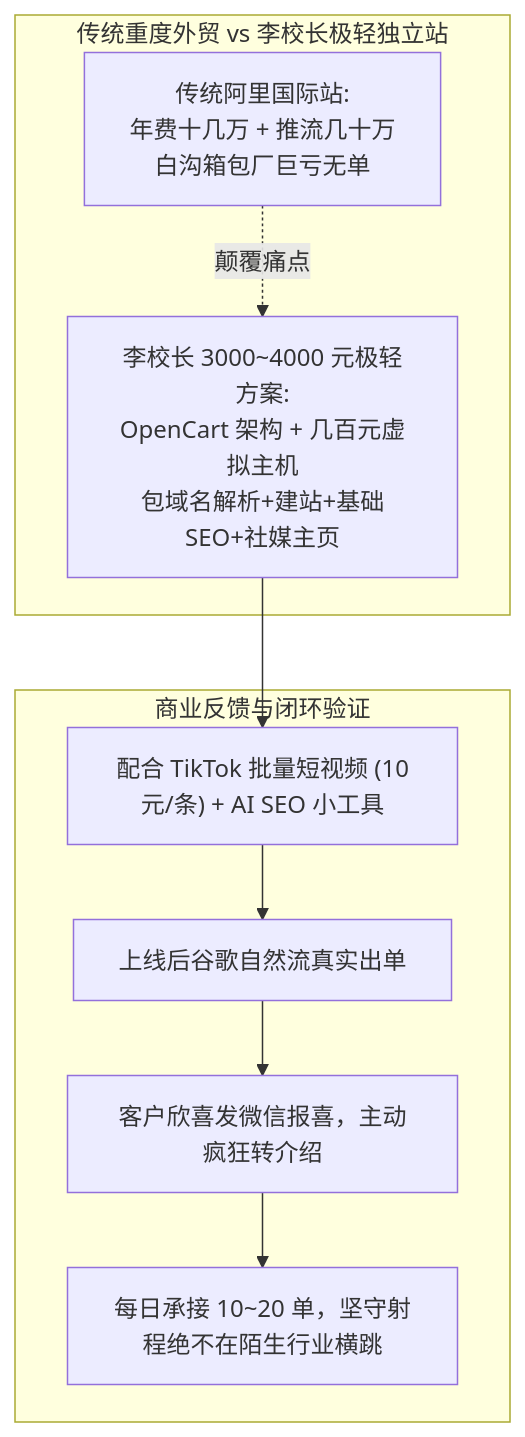
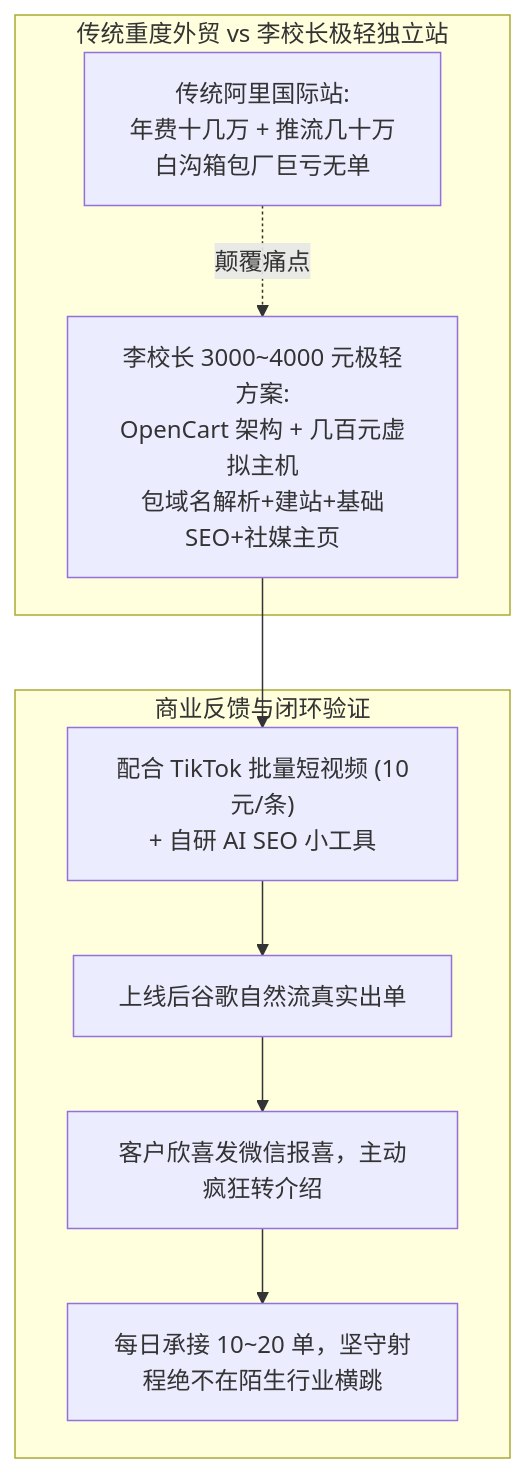
One commit to dollarser/knowledge changed the ninth of 16 diagrams in content/live-20261102-01.md. Above: the diagram before and after it, drawn with Mermaid. The commit also changed other lines of this file, not shown here.

Commit message:
style(mermaid): verticalize internal nodes with multi-line breaks for mobile read

````diff
--- a/content/live-20261102-01.md
+++ b/content/live-20261102-01.md
@@ -291,16 +296,16 @@
 ```mermaid
 flowchart TD
     subgraph Contrast["传统重度外贸 vs 李校长极轻独立站"]
         A1["传统阿里国际站:<br/>年费十几万 + 推流几十万<br/>白沟箱包厂巨亏无单"]
         B1["李校长 3000~4000 元极轻方案:<br/>OpenCart 架构 + 几百元虚拟主机<br/>包域名解析+建站+基础SEO+社媒主页"]
     end
 
     subgraph Result["商业反馈与闭环验证"]
-        B1 --> B2["配合 TikTok 批量短视频 (10元/条) + AI SEO 小工具"]
+        B1 --> B2["配合 TikTok 批量短视频 (10元/条)<br/>+ 自研 AI SEO 小工具"]
         B2 --> B3["上线后谷歌自然流真实出单"]
         B3 --> B4["客户欣喜发微信报喜，主动疯狂转介绍"]
         B4 --> B5["每日承接 10~20 单，坚守射程绝不在陌生行业横跳"]
     end
 
     A1 -.->|颠覆痛点| B1
 ```
````
